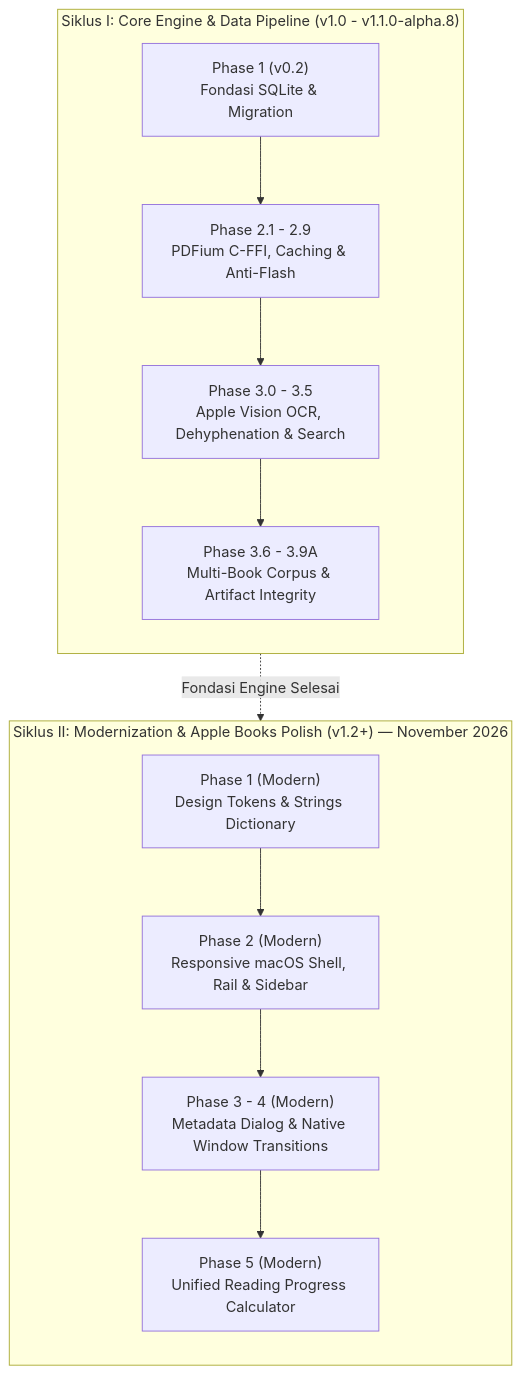
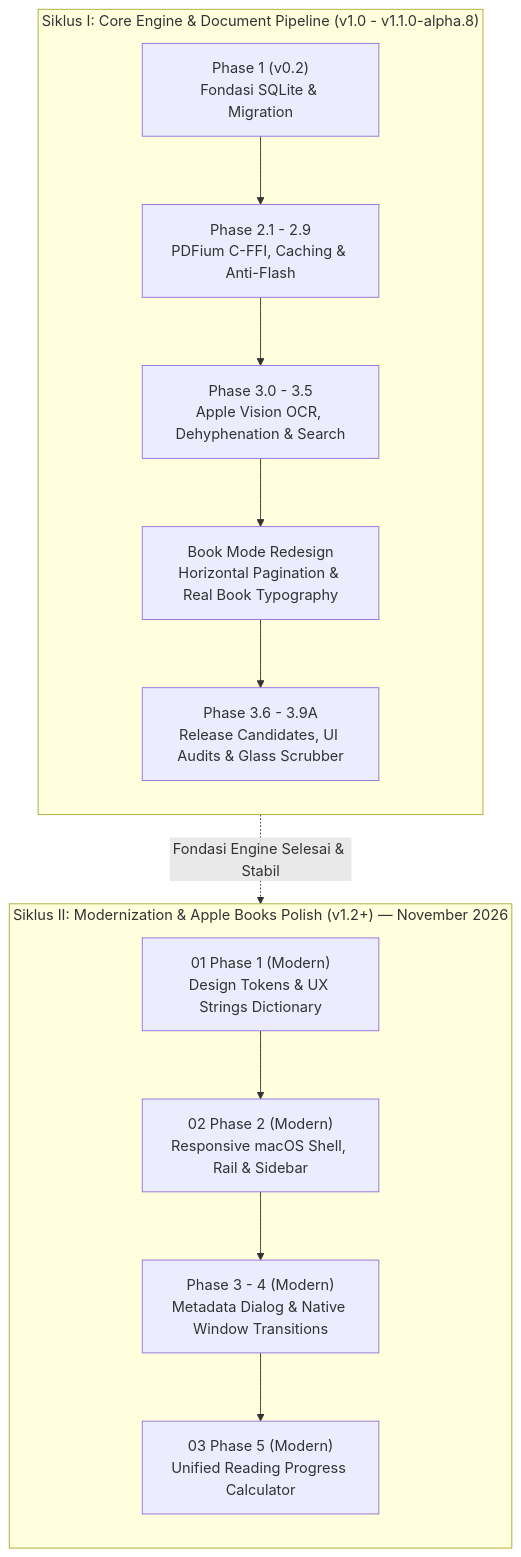
One commit to davindalana/Digital-Books changed the diagram in docs/README.md. Above: the diagram before and after it, drawn with Mermaid. The commit also changed other lines of this file and 88 other files, not shown here.

````diff
--- a/docs/README.md
+++ b/docs/README.md
@@ -11,18 +11,19 @@
 ```mermaid
 flowchart TD
-    subgraph S1["Siklus I: Core Engine & Data Pipeline (v1.0 - v1.1.0-alpha.8)"]
+    subgraph S1["Siklus I: Core Engine & Document Pipeline (v1.0 - v1.1.0-alpha.8)"]
         direction TB
         P1_OLD["Phase 1 (v0.2)<br/>Fondasi SQLite & Migration"] --> P2_OLD["Phase 2.1 - 2.9<br/>PDFium C-FFI, Caching & Anti-Flash"]
         P2_OLD --> P3_OLD["Phase 3.0 - 3.5<br/>Apple Vision OCR, Dehyphenation & Search"]
-        P3_OLD --> P3_REL["Phase 3.6 - 3.9A<br/>Multi-Book Corpus & Artifact Integrity"]
+        P3_OLD --> P3_BM["Book Mode Redesign<br/>Horizontal Pagination & Real Book Typography"]
+        P3_BM --> P3_REL["Phase 3.6 - 3.9A<br/>Release Candidates, UI Audits & Glass Scrubber"]
     end
 
     subgraph S2["Siklus II: Modernization & Apple Books Polish (v1.2+) — November 2026"]
         direction TB
-        P1_NEW["Phase 1 (Modern)<br/>Design Tokens & Strings Dictionary"] --> P2_NEW["Phase 2 (Modern)<br/>Responsive macOS Shell, Rail & Sidebar"]
+        P1_NEW["01 Phase 1 (Modern)<br/>Design Tokens & UX Strings Dictionary"] --> P2_NEW["02 Phase 2 (Modern)<br/>Responsive macOS Shell, Rail & Sidebar"]
         P2_NEW --> P3_NEW["Phase 3 - 4 (Modern)<br/>Metadata Dialog & Native Window Transitions"]
-        P3_NEW --> P5_NEW["Phase 5 (Modern)<br/>Unified Reading Progress Calculator"]
+        P3_NEW --> P5_NEW["03 Phase 5 (Modern)<br/>Unified Reading Progress Calculator"]
     end
 
-    S1 -.->|"Fondasi Engine Selesai"| S2
+    S1 -.->|"Fondasi Engine Selesai & Stabil"| S2
 ```
````
